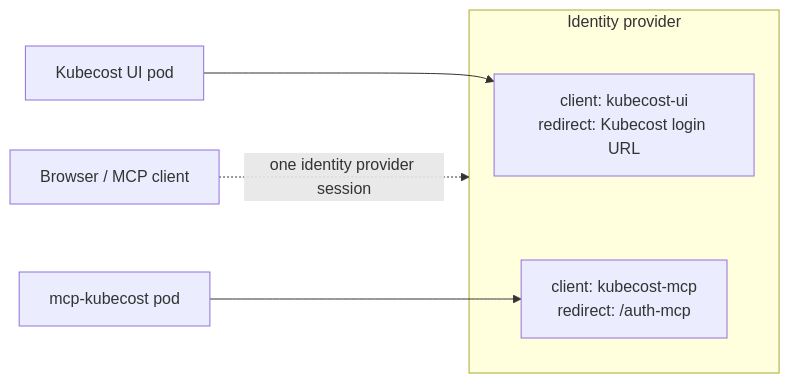
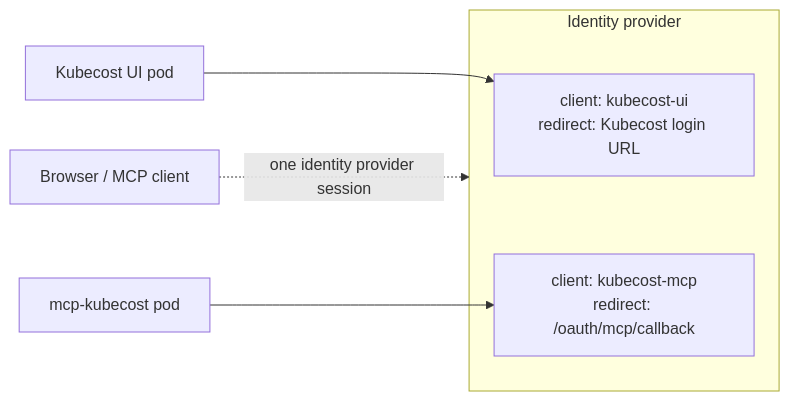
The diagram in docs/auth/oidc-client-sharing.md (kubecost/mcp-kubecost), drawn with Mermaid before and after one commit. The commit also changed other lines of this file and 19 other files, not shown here.

Commit message:
feat(auth): separate MCP and OAuth public paths

````diff
--- a/docs/auth/oidc-client-sharing.md
+++ b/docs/auth/oidc-client-sharing.md
@@ -103,10 +103,10 @@
 ```mermaid
 flowchart LR
   subgraph IdP["Identity provider"]
     C1["client: kubecost-ui<br/>redirect: Kubecost login URL"]
-    C2["client: kubecost-mcp<br/>redirect: /auth-mcp"]
+    C2["client: kubecost-mcp<br/>redirect: /oauth/mcp/callback"]
   end
   U["Kubecost UI pod"] --> C1
   M["mcp-kubecost pod"] --> C2
   B["Browser / MCP client"] -.->|"one identity provider session"| IdP
 ```
````
